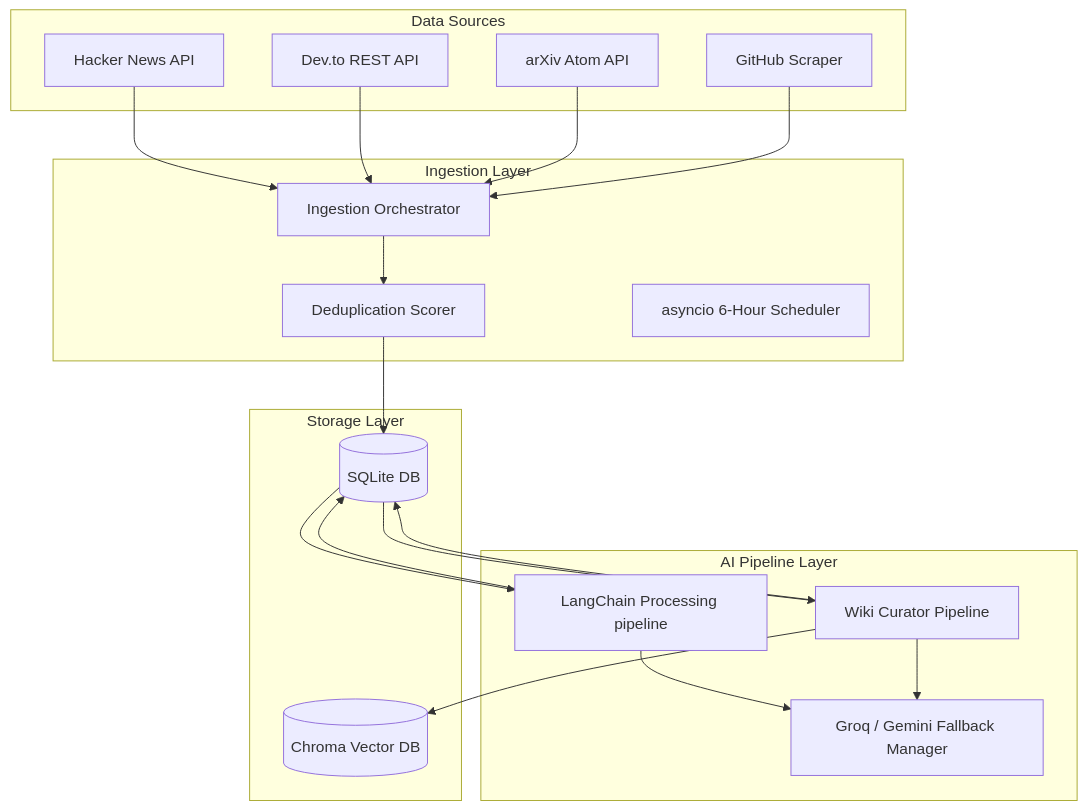
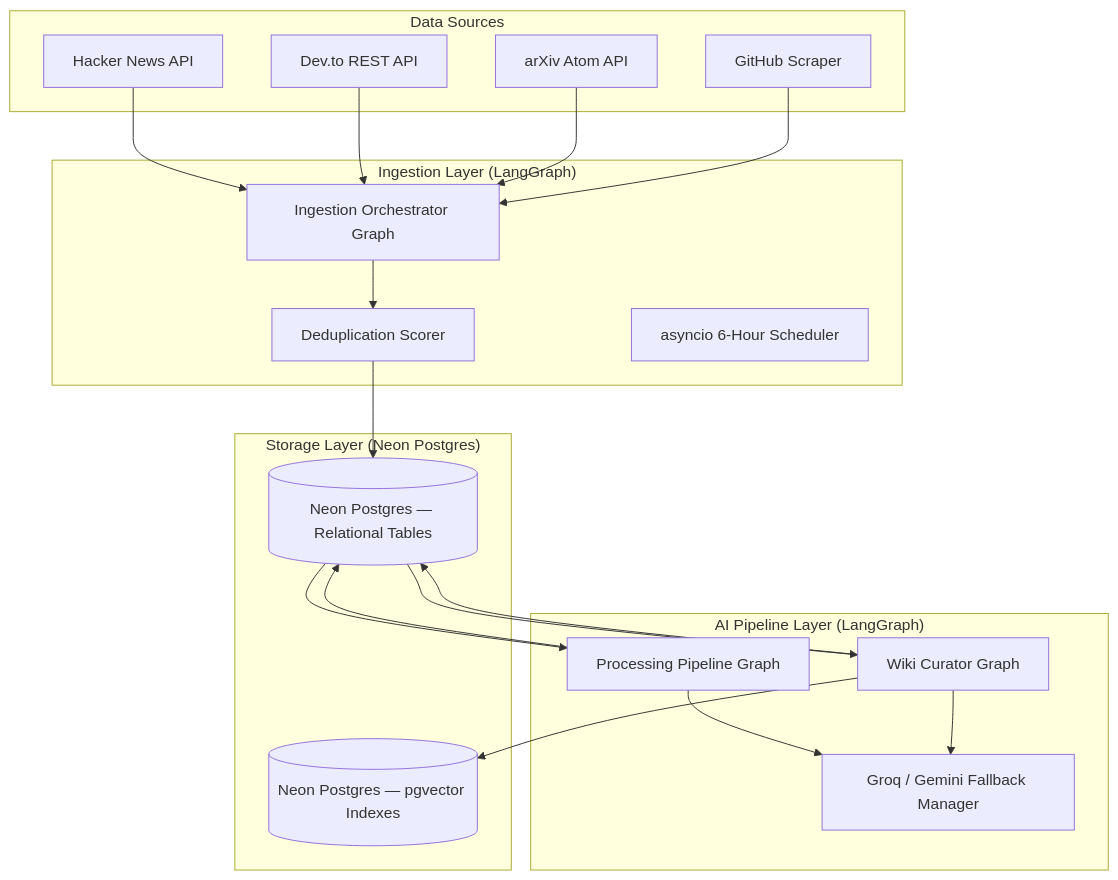
One commit to dev-patrika/devpatrika-docs changed the first of 4 diagrams in system_overview.md. Above: the diagram before and after it, drawn with Mermaid. The commit also changed other lines of this file and 2 other files, not shown here.

First line of the commit message:
docs: v2.0 system overview update + migration roadmap + schema reference

````diff
--- a/system_overview.md
+++ b/system_overview.md
@@ -11,38 +11,38 @@
 ```mermaid
 graph TD
     subgraph Data Sources
         HN[Hacker News API]
         DevTo[Dev.to REST API]
         arXiv[arXiv Atom API]
         GH[GitHub Scraper]
     end
 
-    subgraph Ingestion Layer
-        Orch[Ingestion Orchestrator]
+    subgraph "Ingestion Layer (LangGraph)"
+        Orch[Ingestion Orchestrator Graph]
         Dedup[Deduplication Scorer]
         Sched[asyncio 6-Hour Scheduler]
     end
 
-    subgraph Storage Layer
-        DB[(SQLite DB)]
-        VectorDB[(Chroma Vector DB)]
+    subgraph "Storage Layer (Neon Postgres)"
+        DB[(Neon Postgres — Relational Tables)]
+        VectorDB[(Neon Postgres — pgvector Indexes)]
     end
 
-    subgraph AI Pipeline Layer
-        Pipeline[LangChain Processing pipeline]
+    subgraph "AI Pipeline Layer (LangGraph)"
+        Pipeline[Processing Pipeline Graph]
         LLM[Groq / Gemini Fallback Manager]
-        Curator[Wiki Curator Pipeline]
+        Curator[Wiki Curator Graph]
     end
 
     HN & DevTo & arXiv & GH --> Orch
     Orch --> Dedup
     Dedup --> DB
     DB --> Pipeline
     Pipeline --> LLM
     Pipeline --> DB
     
     DB --> Curator
     Curator --> LLM
     Curator --> DB
     Curator --> VectorDB
 ```
````
